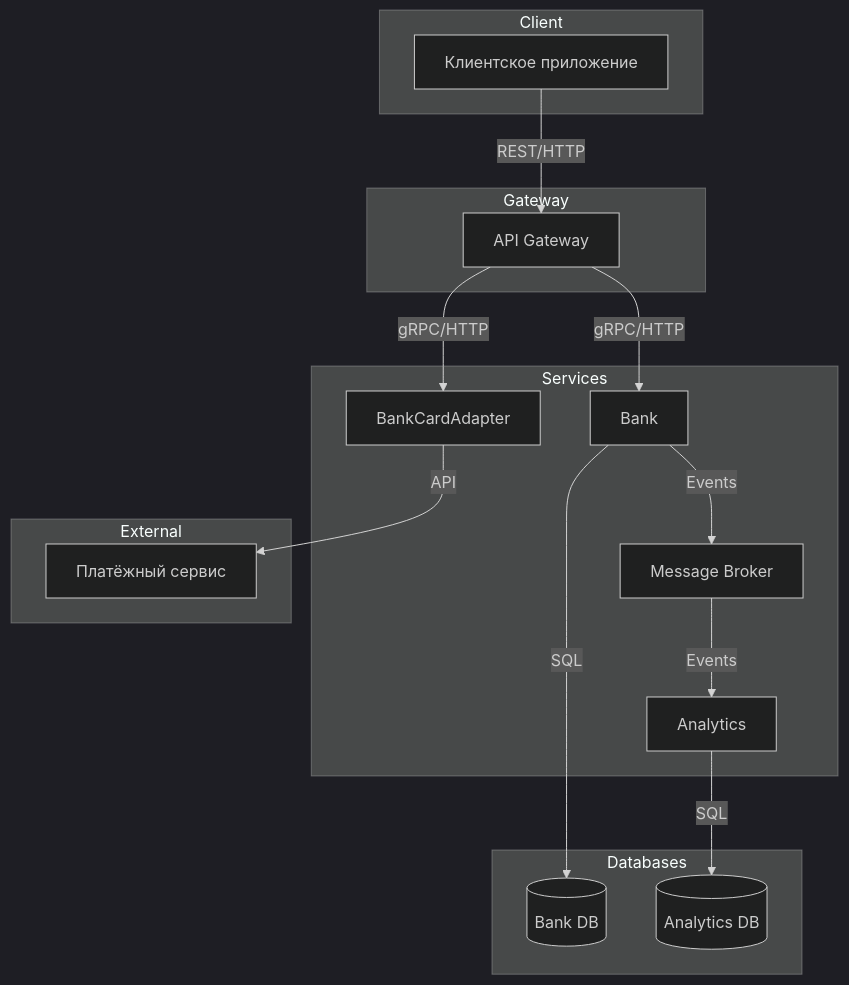
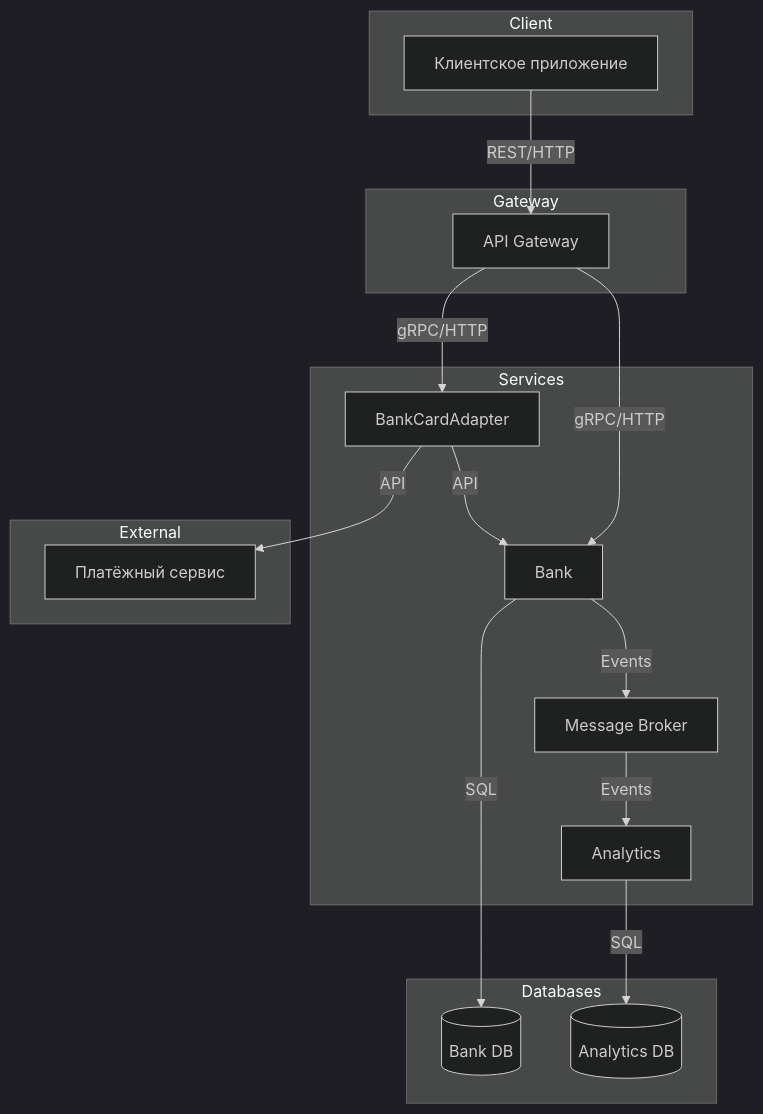
Before and after one commit to spbu-ds-practicum-2025/example-project: the first of 3 diagrams in docs/tr.md, drawn with Mermaid (dark theme). The commit also changed other lines of this file, not shown here.

````diff
--- a/docs/tr.md
+++ b/docs/tr.md
@@ -74,31 +81,32 @@
 ```mermaid
 graph TD
   subgraph Client
     UserApp[Клиентское приложение]
   end
   subgraph Gateway
     APIGateway[API Gateway]
   end
   subgraph Services
     Bank[Bank]
     Analytics[Analytics]
     BankCardAdapter[BankCardAdapter]
     MessageBroker[Message Broker]
   end
   subgraph Databases
     BankDB[(Bank DB)]
     AnalyticsDB[(Analytics DB)]
   end
   subgraph External
     PaymentService[Платёжный сервис]
   end
 
   UserApp-->|REST/HTTP|APIGateway
   APIGateway-->|gRPC/HTTP|Bank
   APIGateway-->|gRPC/HTTP|BankCardAdapter
   Bank-->|SQL|BankDB
   Bank-->|Events|MessageBroker
   MessageBroker-->|Events|Analytics
   Analytics-->|SQL|AnalyticsDB
   BankCardAdapter-->|API|PaymentService
+  BankCardAdapter-->|API|Bank
 ```
````
